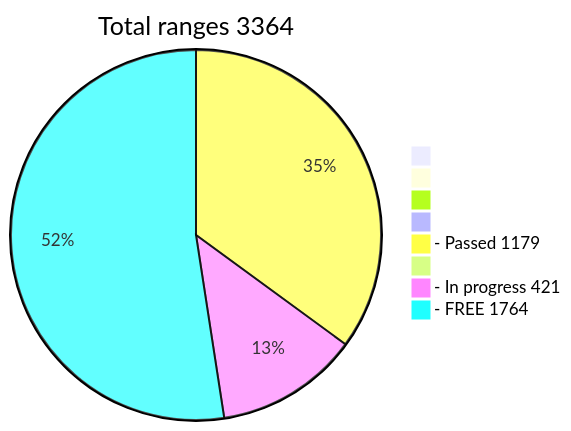
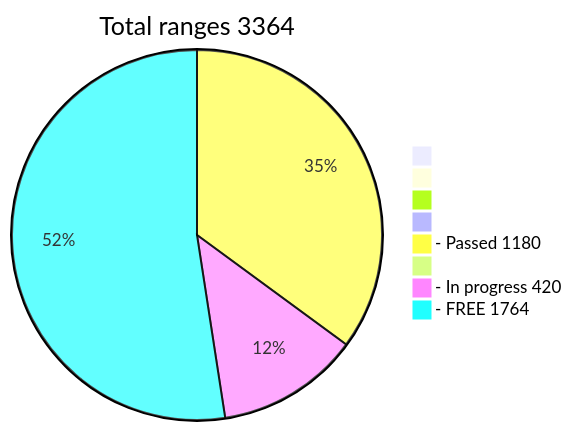
One commit to phrutis/wif500 changed the diagram in README.md. Above: the diagram before and after it, drawn with Mermaid.

````diff
--- a/README.md
+++ b/README.md
@@ -16,12 +16,12 @@
 ```mermaid
 pie title Total ranges 3364
              " " : 0
             "  " : 0
            "   " : 0
           "    " : 0
-  "- Passed 1179" : 1179
+  "- Passed 1180" : 1180
          "     " : 0
-  "- In progress 421" : 421
+  "- In progress 420" : 420
    "- FREE 1764" : 1764
    
 ```
````
